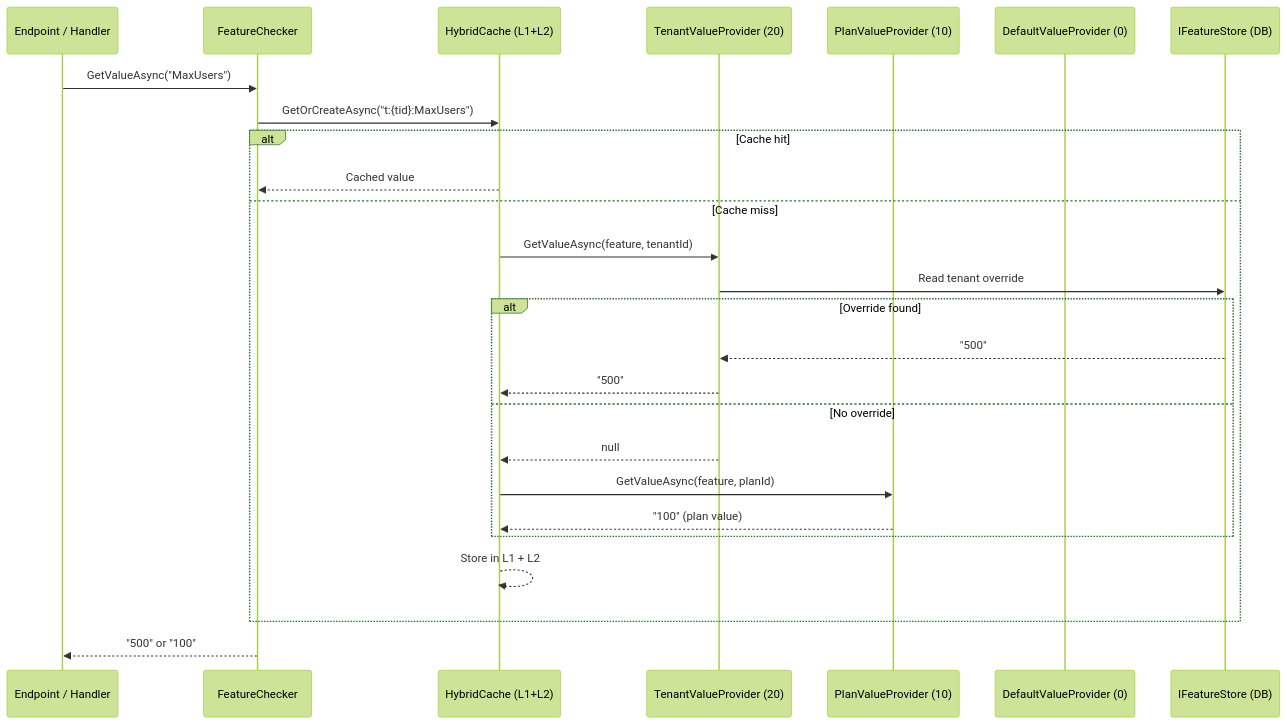
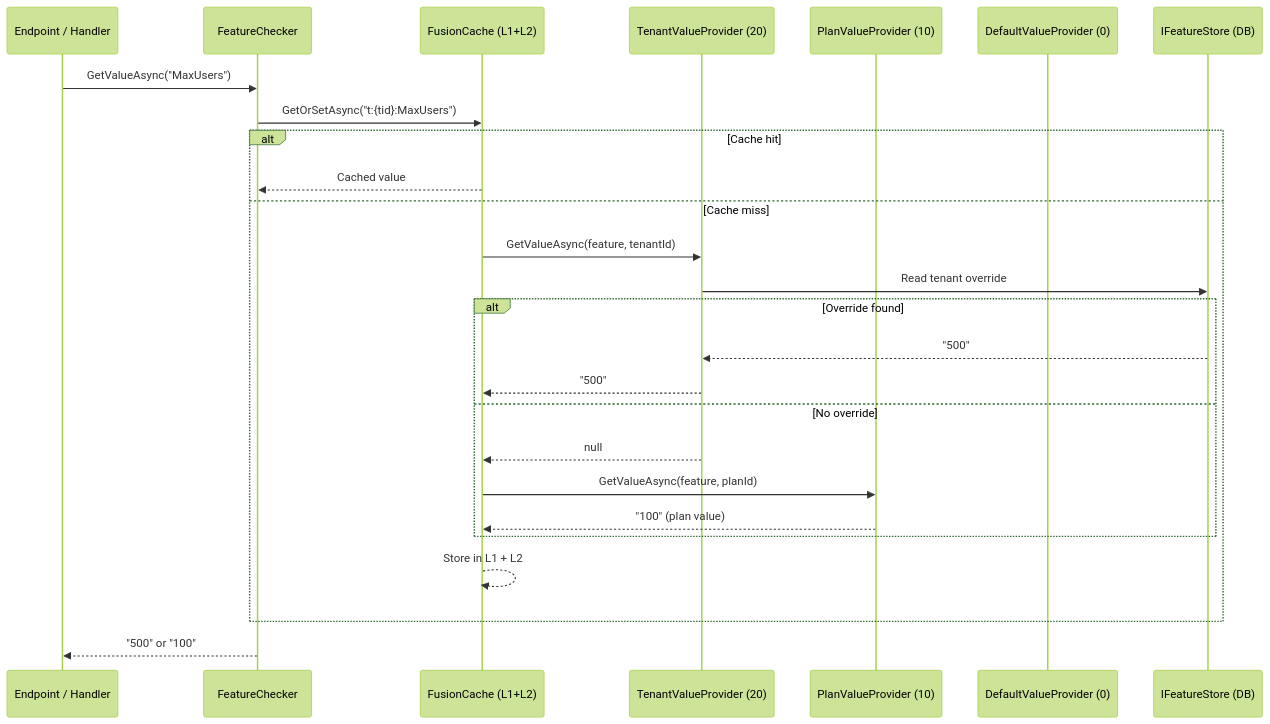
The diagram in docs-site/src/content/docs/dotnet/architecture/patterns/feature-flags.md (granit-fx/granit-dotnet), drawn with Mermaid (forest theme) before and after one commit. The commit also changed other lines of this file and 219 other files, not shown here.

First line of the commit message:
docs: update all documentation for FusionCache migration

````diff
--- a/docs-site/src/content/docs/dotnet/architecture/patterns/feature-flags.md
+++ b/docs-site/src/content/docs/dotnet/architecture/patterns/feature-flags.md
@@ -24,29 +24,29 @@
 ```mermaid
 sequenceDiagram
     participant API as Endpoint / Handler
     participant FC as FeatureChecker
-    participant HC as HybridCache (L1+L2)
+    participant HC as FusionCache (L1+L2)
     participant TVP as TenantValueProvider (20)
     participant PVP as PlanValueProvider (10)
     participant DVP as DefaultValueProvider (0)
     participant FS as IFeatureStore (DB)
 
     API->>FC: GetValueAsync("MaxUsers")
-    FC->>HC: GetOrCreateAsync("t:{tid}:MaxUsers")
+    FC->>HC: GetOrSetAsync("t:{tid}:MaxUsers")
     alt Cache hit
         HC-->>FC: Cached value
     else Cache miss
         HC->>TVP: GetValueAsync(feature, tenantId)
         TVP->>FS: Read tenant override
         alt Override found
             FS-->>TVP: "500"
             TVP-->>HC: "500"
         else No override
             TVP-->>HC: null
             HC->>PVP: GetValueAsync(feature, planId)
             PVP-->>HC: "100" (plan value)
         end
         HC-->>HC: Store in L1 + L2
     end
     FC-->>API: "500" or "100"
 ```
````
